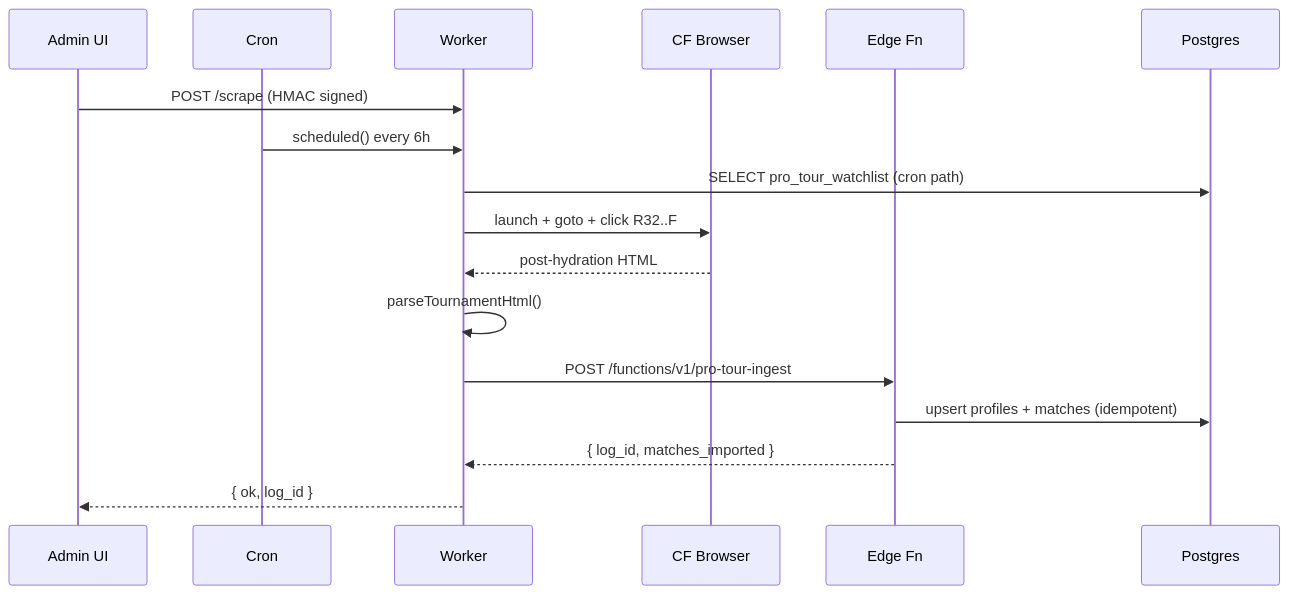
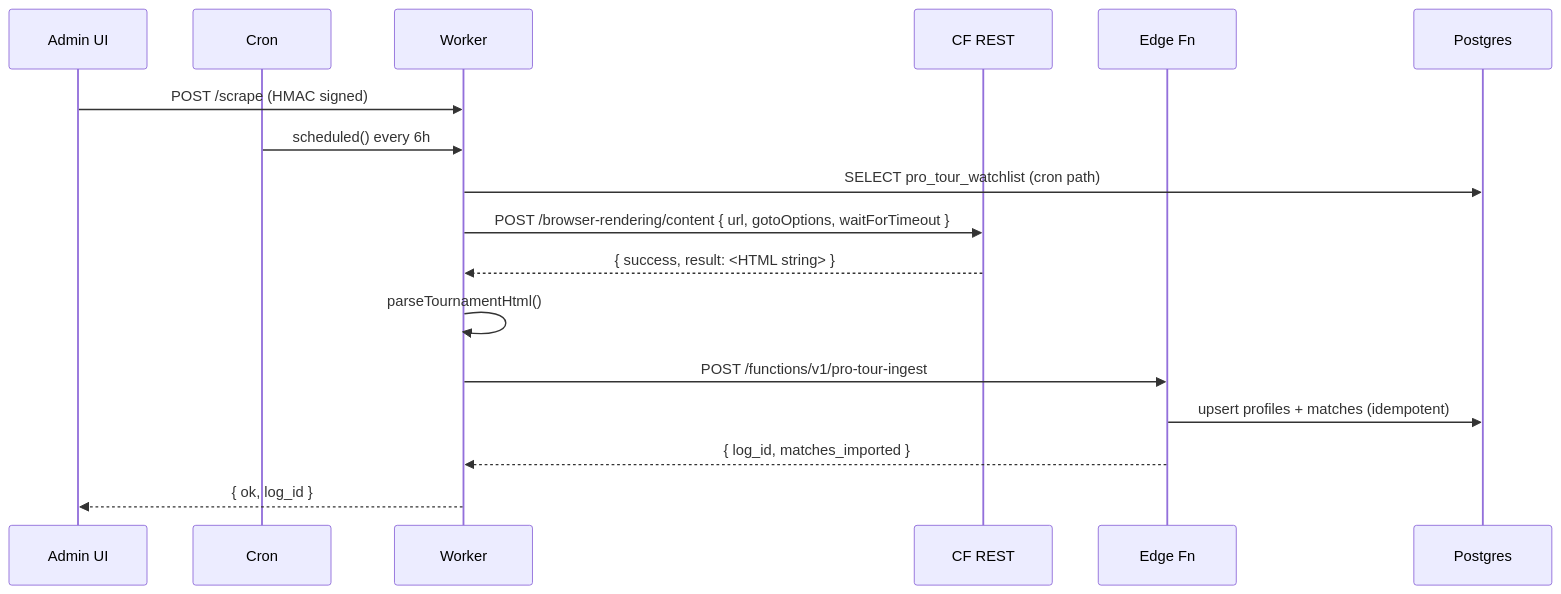
The diagram in workers/pro-tour-scraper/README.md (cuongnguyen84/pickle-hub-pro), drawn with Mermaid before and after one commit. The commit also changed other lines of this file and 4 other files, not shown here.

````diff
--- a/workers/pro-tour-scraper/README.md
+++ b/workers/pro-tour-scraper/README.md
@@ -117,20 +149,20 @@
 ```mermaid
 sequenceDiagram
   participant Admin UI
   participant Cron
   participant Worker
-  participant CF Browser
+  participant CF REST
   participant Edge Fn
   participant Postgres
 
   Admin UI->>Worker: POST /scrape (HMAC signed)
   Cron->>Worker: scheduled() every 6h
   Worker->>Postgres: SELECT pro_tour_watchlist (cron path)
-  Worker->>CF Browser: launch + goto + click R32..F
-  CF Browser-->>Worker: post-hydration HTML
+  Worker->>CF REST: POST /browser-rendering/content { url, gotoOptions, waitForTimeout }
+  CF REST-->>Worker: { success, result: <HTML string> }
   Worker->>Worker: parseTournamentHtml()
   Worker->>Edge Fn: POST /functions/v1/pro-tour-ingest
   Edge Fn->>Postgres: upsert profiles + matches (idempotent)
   Edge Fn-->>Worker: { log_id, matches_imported }
   Worker-->>Admin UI: { ok, log_id }
 ```
````
